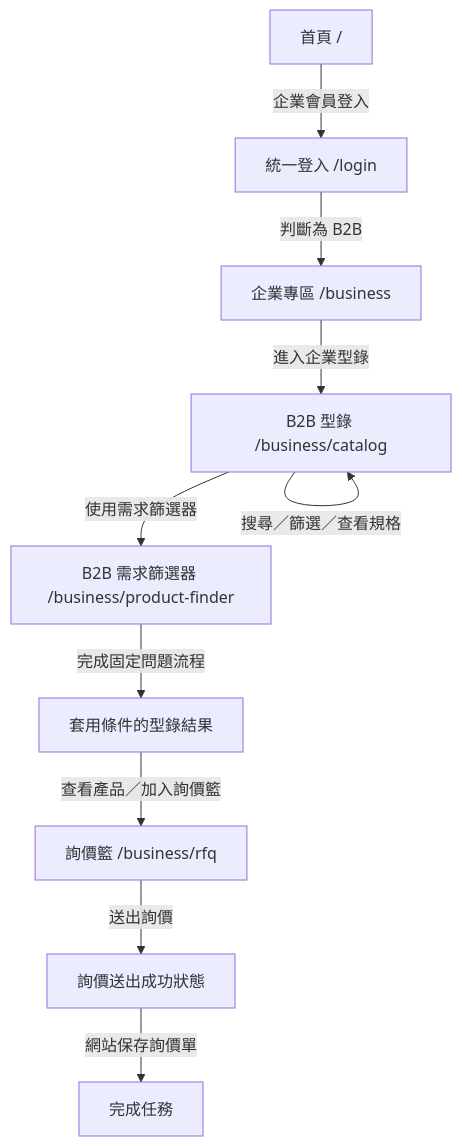
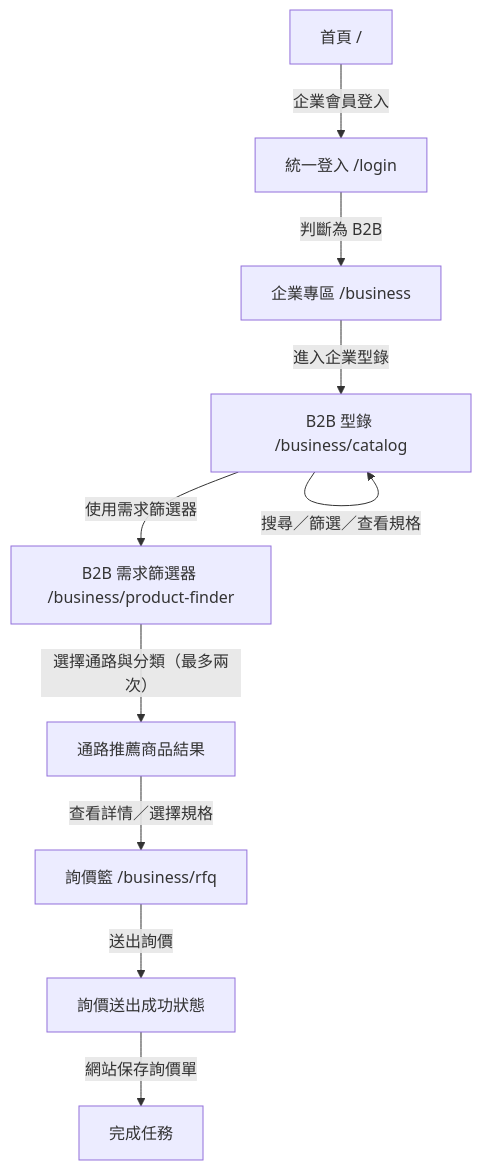
Before and after one commit to Cindy902121/yuanjia: the fifth of 5 diagrams in docs/PRDv3.1.md, drawn with Mermaid. The commit also changed other lines of this file and 3 other files, not shown here.

````diff
--- a/docs/PRDv3.1.md
+++ b/docs/PRDv3.1.md
@@ -254,12 +254,12 @@
 ```mermaid
 flowchart TD
     A["首頁 /"] -->|"企業會員登入"| B["統一登入 /login"]
     B -->|"判斷為 B2B"| C["企業專區 /business"]
     C -->|"進入企業型錄"| D["B2B 型錄 /business/catalog"]
     D -->|"搜尋／篩選／查看規格"| D
     D -->|"使用需求篩選器"| H["B2B 需求篩選器 /business/product-finder"]
-    H -->|"完成固定問題流程"| I["套用條件的型錄結果"]
-    I -->|"查看產品／加入詢價籃"| E["詢價籃 /business/rfq"]
+    H -->|"選擇通路與分類（最多兩次）"| I["通路推薦商品結果"]
+    I -->|"查看詳情／選擇規格"| E["詢價籃 /business/rfq"]
     E -->|"送出詢價"| F["詢價送出成功狀態"]
     F -->|"網站保存詢價單"| G["完成任務"]
 ```
````
